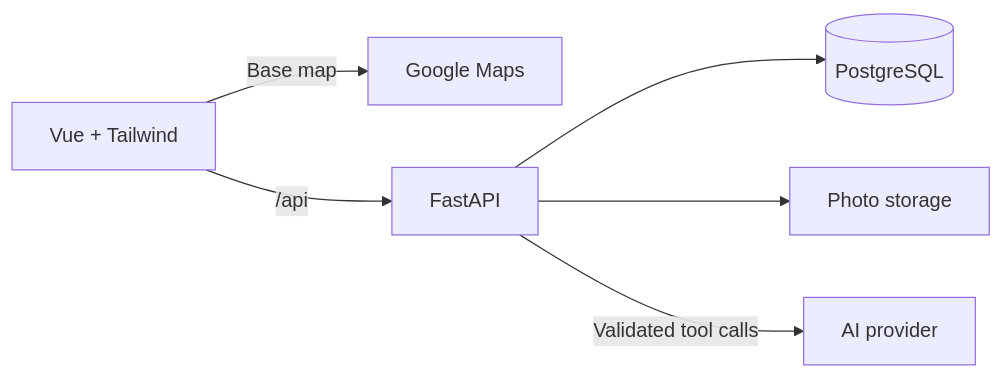
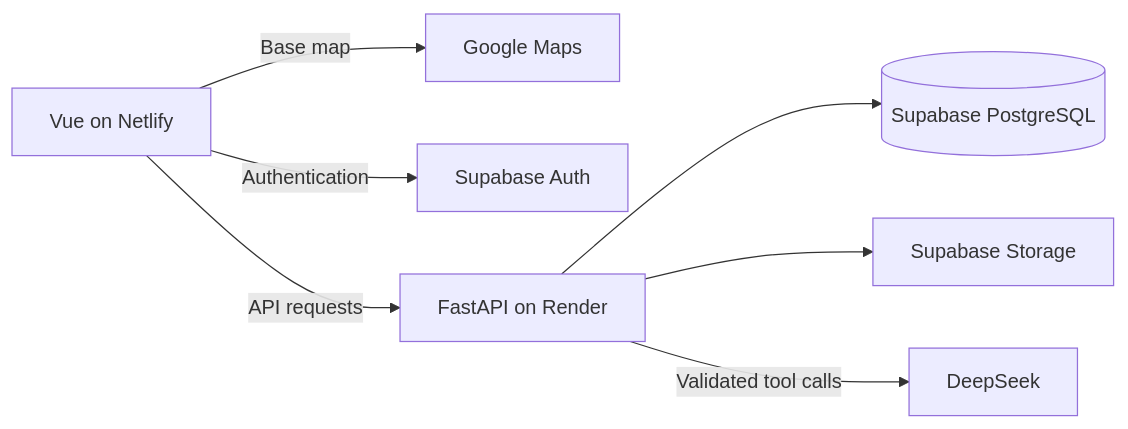
Before and after one commit to NotHriz/CodeDojo-Hackaton: the diagram in README.md, drawn with Mermaid. The commit also changed other lines of this file and 1 other file, not shown here.

Commit message:
docs: finalize Gombak pilot and community architecture

````diff
--- a/README.md
+++ b/README.md
@@ -58,8 +76,9 @@
 ```mermaid
 flowchart LR
-    Browser[Vue + Tailwind] -->|Base map| Google[Google Maps]
-    Browser -->|/api| API[FastAPI]
-    API --> DB[(PostgreSQL)]
-    API --> Images[Photo storage]
-    API -->|Validated tool calls| AI[AI provider]
+    Browser[Vue on Netlify] -->|Base map| Google[Google Maps]
+    Browser -->|Authentication| Auth[Supabase Auth]
+    Browser -->|API requests| API[FastAPI on Render]
+    API --> DB[(Supabase PostgreSQL)]
+    API --> Images[Supabase Storage]
+    API -->|Validated tool calls| AI[DeepSeek]
 ```
````
